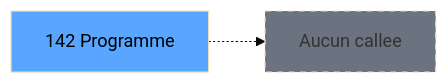
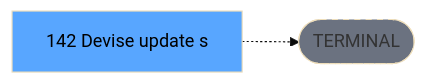
One commit to thonyAGP/lecteur-magic changed the third of 3 diagrams in .openspec/renders/ADH-IDE-142.md. Above: the diagram before and after it, drawn with Mermaid (base theme). The commit also changed other lines of this file and 701 other files, not shown here.

````diff
--- a/.openspec/renders/ADH-IDE-142.md
+++ b/.openspec/renders/ADH-IDE-142.md
@@ -153,8 +134,8 @@
 ```mermaid
 graph LR
-    T[142 Programme]
-    NONE[Aucun callee]
-    T -.-> NONE
+    T[142 Devise update s]
+    TERM([TERMINAL])
+    T -.-> TERM
+    style TERM fill:#6b7280,stroke-dasharray: 5 5
     style T fill:#58a6ff,color:#000
-    style NONE fill:#6b7280,stroke-dasharray: 5 5
 ```
````
